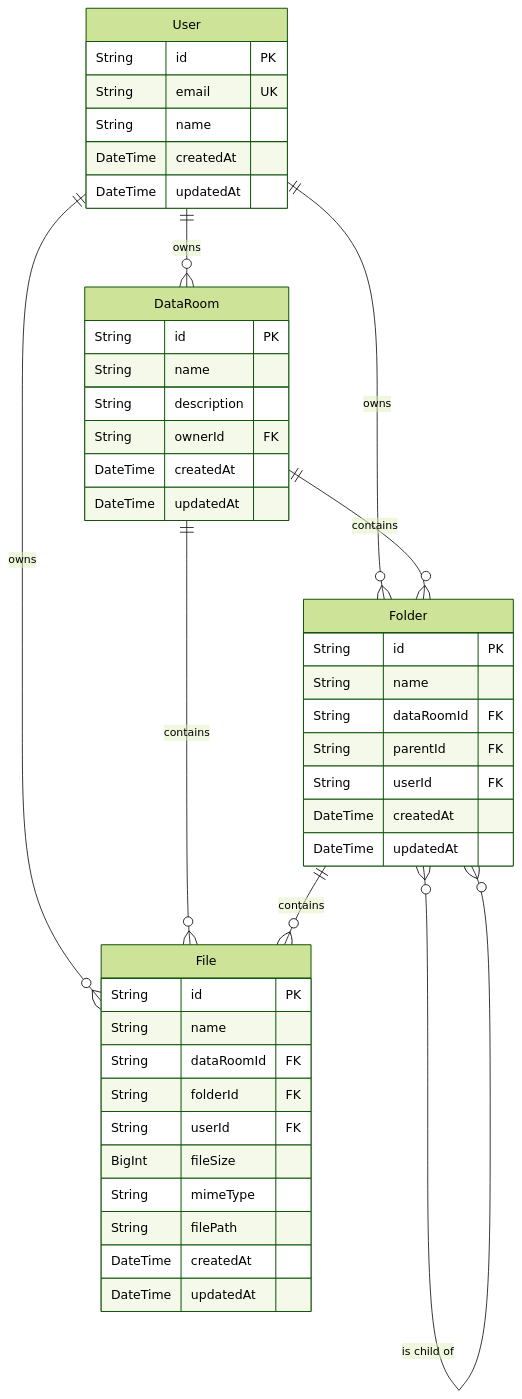
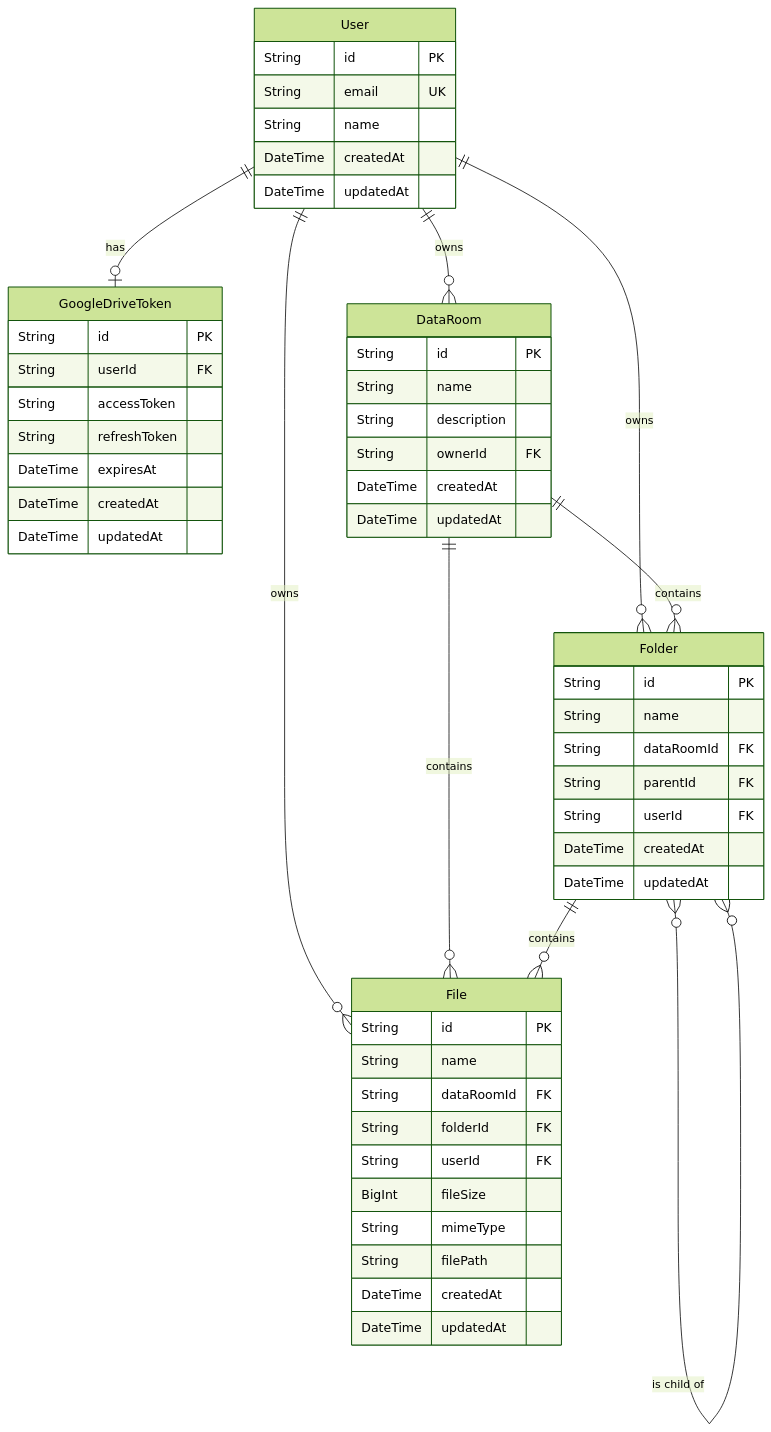
One commit to betonomochalka/data-room-challenge changed the diagram in ARCHITECTURE.md. Above: the diagram before and after it, drawn with Mermaid (forest theme). The commit also changed other lines of this file and 44 other files, not shown here.

Commit message:
added google drive connection & minor UI/UX fixes

````diff
--- a/ARCHITECTURE.md
+++ b/ARCHITECTURE.md
@@ -194,52 +338,63 @@
 ```mermaid
 erDiagram
     User {
         String id PK
         String email UK
         String name
+        DateTime createdAt
+        DateTime updatedAt
+    }
+
+    GoogleDriveToken {
+        String id PK
+        String userId FK
+        String accessToken
+        String refreshToken
+        DateTime expiresAt
         DateTime createdAt
         DateTime updatedAt
     }
 
     DataRoom {
         String id PK
         String name
         String description
         String ownerId FK
         DateTime createdAt
         DateTime updatedAt
     }
 
     Folder {
         String id PK
         String name
         String dataRoomId FK
         String parentId FK
         String userId FK
         DateTime createdAt
         DateTime updatedAt
     }
 
     File {
         String id PK
         String name
         String dataRoomId FK
         String folderId FK
         String userId FK
         BigInt fileSize
         String mimeType
         String filePath
         DateTime createdAt
         DateTime updatedAt
     }
 
     User ||--o{ DataRoom : "owns"
     User ||--o{ Folder : "owns"
     User ||--o{ File : "owns"
+    User ||--o| GoogleDriveToken : "has"
 
     DataRoom ||--o{ Folder : "contains"
     DataRoom ||--o{ File : "contains"
 
     Folder ||--o{ File : "contains"
     Folder }o--o{ Folder : "is child of"
 ```
````
